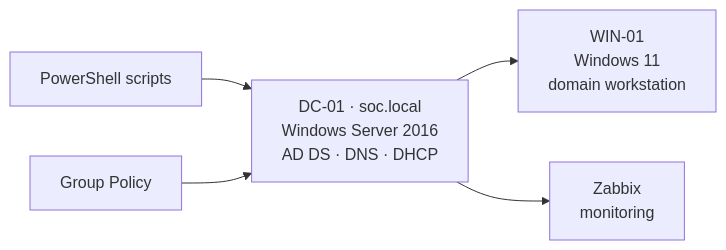
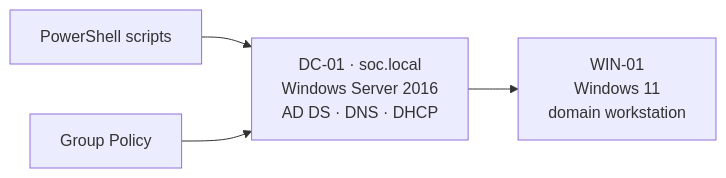
The diagram in README.md (Yassine-ElJide/homelab-windows-ad), drawn with Mermaid before and after one commit. The commit also changed other lines of this file, not shown here.

Commit message:
README: remove Zabbix VM, VirtualBox only

````diff
--- a/README.md
+++ b/README.md
@@ -7,7 +7,6 @@
 ```mermaid
 flowchart LR
   DC[DC-01 · soc.local<br>Windows Server 2016<br>AD DS · DNS · DHCP] --> C[WIN-01<br>Windows 11<br>domain workstation]
-  DC --> Z[Zabbix<br>monitoring]
   PS[PowerShell scripts] --> DC
   GPO[Group Policy] --> DC
 ```
````
